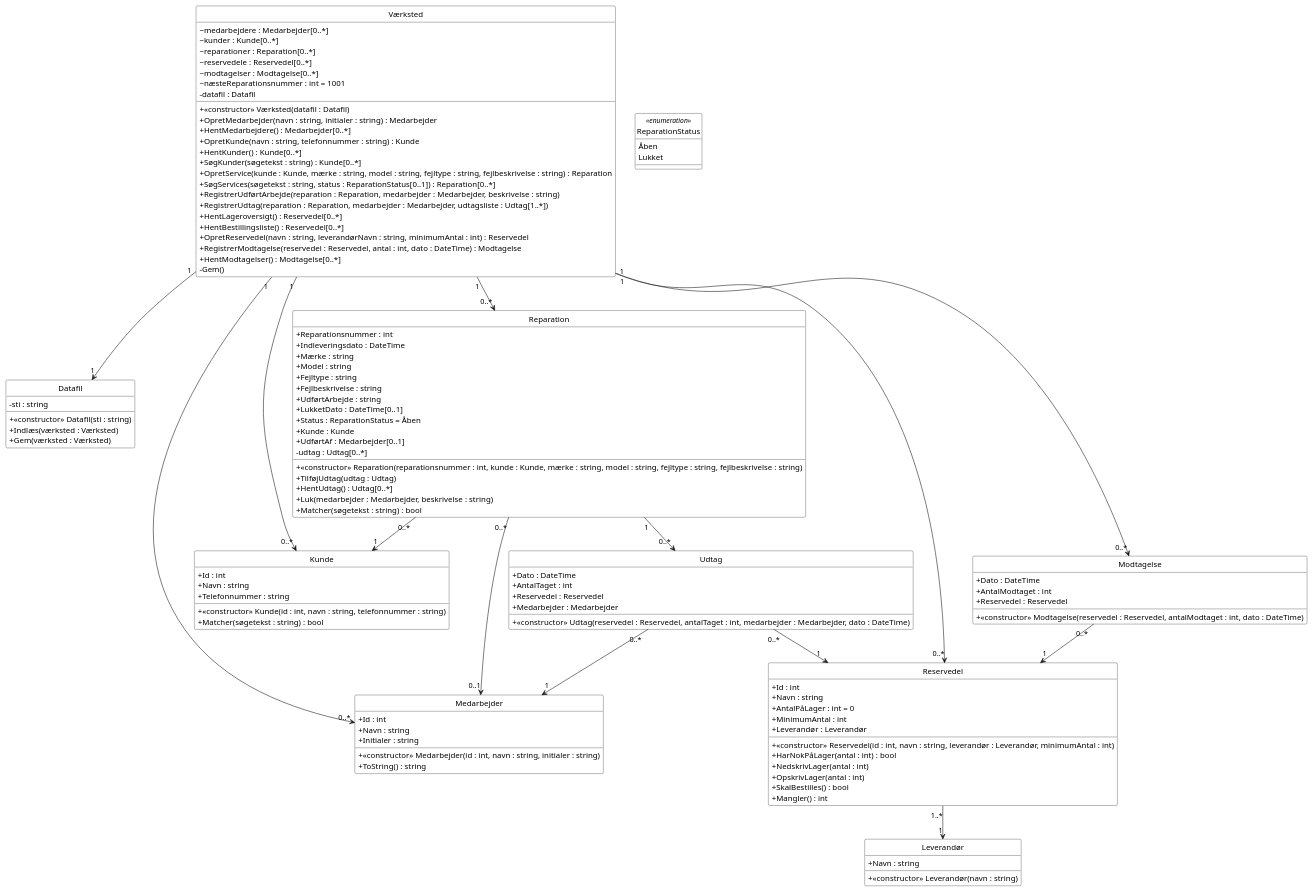
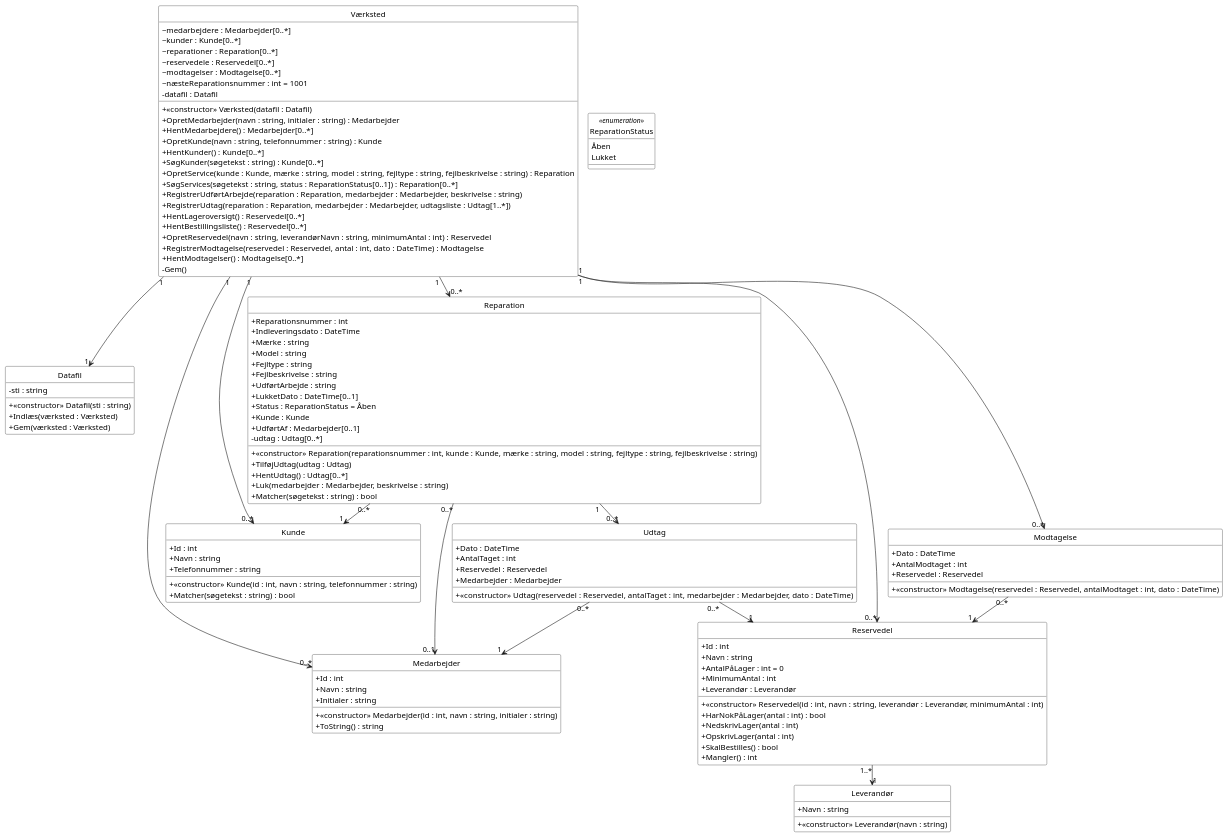
The diagram in 7. Designklassediagram/designklassediagram.puml (Zoabz/Getting-Real), drawn with PlantUML before and after one commit. The commit also changed 21 other files, not shown here.

```diff
--- a/7. Designklassediagram/designklassediagram.puml
+++ b/7. Designklassediagram/designklassediagram.puml
@@ -1,134 +1,136 @@
 @startuml
 ' Samme design som designklassediagram.png / designklassediagram.drawio
+' smetana = PlantUML's indbyggede layout, så Graphviz ikke er nødvendig
+!pragma layout smetana
 skinparam monochrome true
 skinparam shadowing false
 skinparam backgroundColor white
 skinparam classAttributeIconSize 0
 skinparam class {
   BackgroundColor white
   BorderColor black
 }
 hide circle
 
 class Værksted {
   ~medarbejdere : Medarbejder[0..*]
   ~kunder : Kunde[0..*]
   ~reparationer : Reparation[0..*]
   ~reservedele : Reservedel[0..*]
   ~modtagelser : Modtagelse[0..*]
   ~næsteReparationsnummer : int = 1001
   -datafil : Datafil
   +«constructor» Værksted(datafil : Datafil)
   +OpretMedarbejder(navn : string, initialer : string) : Medarbejder
   +HentMedarbejdere() : Medarbejder[0..*]
   +OpretKunde(navn : string, telefonnummer : string) : Kunde
   +HentKunder() : Kunde[0..*]
   +SøgKunder(søgetekst : string) : Kunde[0..*]
   +OpretService(kunde : Kunde, mærke : string, model : string, fejltype : string, fejlbeskrivelse : string) : Reparation
   +SøgServices(søgetekst : string, status : ReparationStatus[0..1]) : Reparation[0..*]
   +RegistrerUdførtArbejde(reparation : Reparation, medarbejder : Medarbejder, beskrivelse : string)
   +RegistrerUdtag(reparation : Reparation, medarbejder : Medarbejder, udtagsliste : Udtag[1..*])
   +HentLageroversigt() : Reservedel[0..*]
   +HentBestillingsliste() : Reservedel[0..*]
   +OpretReservedel(navn : string, leverandørNavn : string, minimumAntal : int) : Reservedel
   +RegistrerModtagelse(reservedel : Reservedel, antal : int, dato : DateTime) : Modtagelse
   +HentModtagelser() : Modtagelse[0..*]
   -Gem()
 }
 
 class Datafil {
   -sti : string
   +«constructor» Datafil(sti : string)
   +Indlæs(værksted : Værksted)
   +Gem(værksted : Værksted)
 }
 
 class Kunde {
   +Id : int
   +Navn : string
   +Telefonnummer : string
   +«constructor» Kunde(id : int, navn : string, telefonnummer : string)
   +Matcher(søgetekst : string) : bool
 }
 
 class Reparation {
   +Reparationsnummer : int
   +Indleveringsdato : DateTime
   +Mærke : string
   +Model : string
   +Fejltype : string
   +Fejlbeskrivelse : string
   +UdførtArbejde : string
   +LukketDato : DateTime[0..1]
   +Status : ReparationStatus = Åben
   +Kunde : Kunde
   +UdførtAf : Medarbejder[0..1]
   -udtag : Udtag[0..*]
   +«constructor» Reparation(reparationsnummer : int, kunde : Kunde, mærke : string, model : string, fejltype : string, fejlbeskrivelse : string)
   +TilføjUdtag(udtag : Udtag)
   +HentUdtag() : Udtag[0..*]
   +Luk(medarbejder : Medarbejder, beskrivelse : string)
   +Matcher(søgetekst : string) : bool
 }
 
 class Medarbejder {
   +Id : int
   +Navn : string
   +Initialer : string
   +«constructor» Medarbejder(id : int, navn : string, initialer : string)
   +ToString() : string
 }
 
 class Udtag {
   +Dato : DateTime
   +AntalTaget : int
   +Reservedel : Reservedel
   +Medarbejder : Medarbejder
   +«constructor» Udtag(reservedel : Reservedel, antalTaget : int, medarbejder : Medarbejder, dato : DateTime)
 }
 
 class Reservedel {
   +Id : int
   +Navn : string
   +AntalPåLager : int = 0
   +MinimumAntal : int
   +Leverandør : Leverandør
   +«constructor» Reservedel(id : int, navn : string, leverandør : Leverandør, minimumAntal : int)
   +HarNokPåLager(antal : int) : bool
   +NedskrivLager(antal : int)
   +OpskrivLager(antal : int)
   +SkalBestilles() : bool
   +Mangler() : int
 }
 
 class Leverandør {
   +Navn : string
   +«constructor» Leverandør(navn : string)
 }
 
 class Modtagelse {
   +Dato : DateTime
   +AntalModtaget : int
   +Reservedel : Reservedel
   +«constructor» Modtagelse(reservedel : Reservedel, antalModtaget : int, dato : DateTime)
 }
 
 enum ReparationStatus <<enumeration>> {
   Åben
   Lukket
 }
 
 Værksted "1" --> "0..*" Kunde
 Værksted "1" --> "0..*" Medarbejder
 Værksted "1" --> "0..*" Reparation
 Værksted "1" --> "0..*" Reservedel
 Værksted "1" --> "0..*" Modtagelse
 Værksted "1" --> "1" Datafil
 Reparation "0..*" --> "1" Kunde
 Reparation "0..*" --> "0..1" Medarbejder
 Reparation "1" --> "0..*" Udtag
 Udtag "0..*" --> "1" Medarbejder
 Udtag "0..*" --> "1" Reservedel
 Reservedel "1..*" --> "1" Leverandør
 Modtagelse "0..*" --> "1" Reservedel
 @enduml
```
